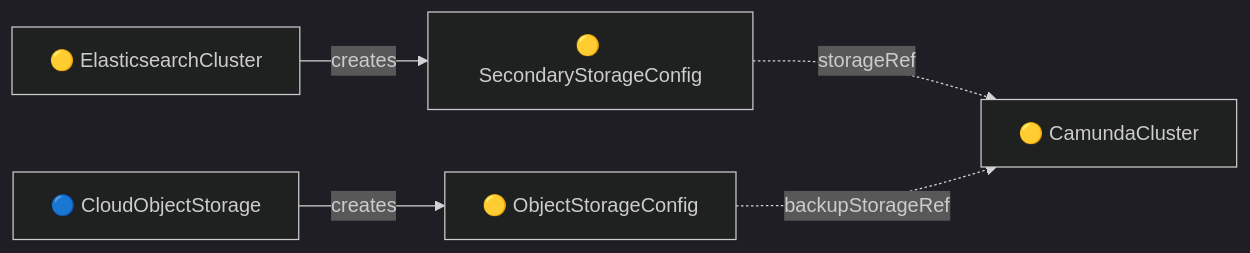
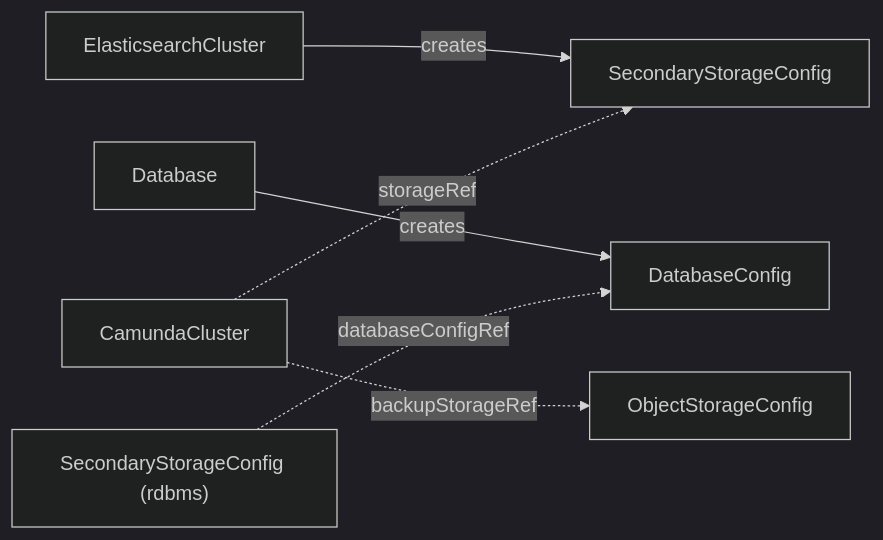
One commit to konsole-is/camunda-operator changed the fourth of 5 diagrams in docs/architecture.md. Above: the diagram before and after it, drawn with Mermaid (dark theme). The commit also changed other lines of this file and 7 other files, not shown here.

First line of the commit message:
Docs tooling, CRD doc template, and core-only architecture (#8)

````diff
--- a/docs/architecture.md
+++ b/docs/architecture.md
@@ -623,7 +71,8 @@
 ```mermaid
 graph LR
-    ESC["🟡 ElasticsearchCluster"] -->|creates| SSC["🟡 SecondaryStorageConfig"]
-    COS["🔵 CloudObjectStorage"] -->|creates| OSC["🟡 ObjectStorageConfig"]
-    SSC -.->|"storageRef"| CC["🟡 CamundaCluster"]
-    OSC -.->|"backupStorageRef"| CC
+    ESC[ElasticsearchCluster] -->|creates| SSC[SecondaryStorageConfig]
+    DB[Database] -->|creates| DBC[DatabaseConfig]
+    CC[CamundaCluster] -.->|storageRef| SSC
+    CC -.->|backupStorageRef| OSC[ObjectStorageConfig]
+    DBC2["SecondaryStorageConfig (rdbms)"] -.->|databaseConfigRef| DBC
 ```
````
